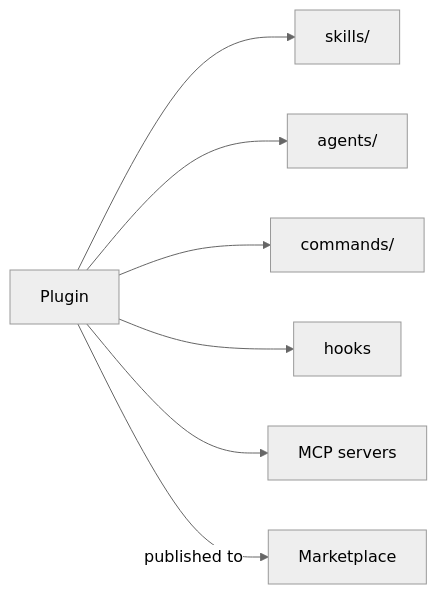
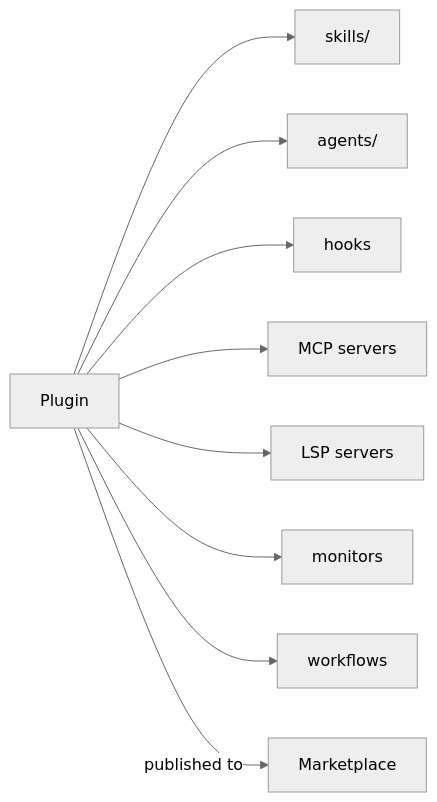
Before and after one commit to derob98/ailmanac: the diagram in i18n/ar/docusaurus-plugin-content-docs/current/claude-code/plugins-marketplaces.mdx, drawn with Mermaid (neutral theme). The commit also changed other lines of this file and 11 other files, not shown here.

````diff
--- a/i18n/ar/docusaurus-plugin-content-docs/current/claude-code/plugins-marketplaces.mdx
+++ b/i18n/ar/docusaurus-plugin-content-docs/current/claude-code/plugins-marketplaces.mdx
@@ -21,9 +21,11 @@
 ```mermaid
 flowchart LR
   P[Plugin] --> S[skills/]
   P --> A[agents/]
-  P --> C[commands/]
   P --> H[hooks]
   P --> M[MCP servers]
+  P --> L[LSP servers]
+  P --> MO[monitors]
+  P --> W[workflows]
   P -->|published to| MK[Marketplace]
 ```
````
